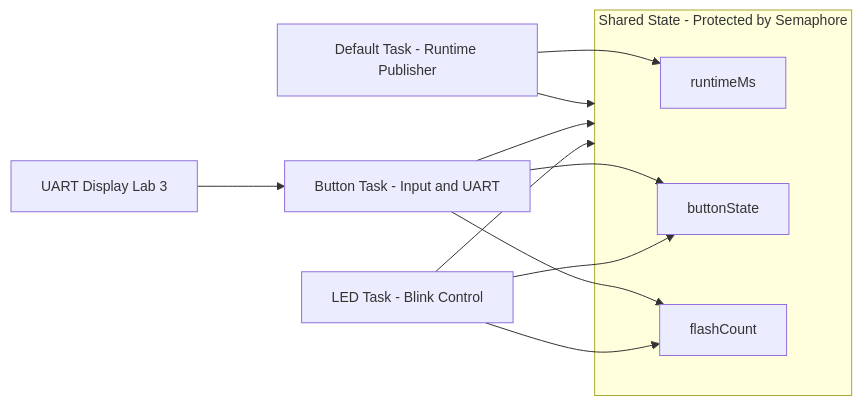
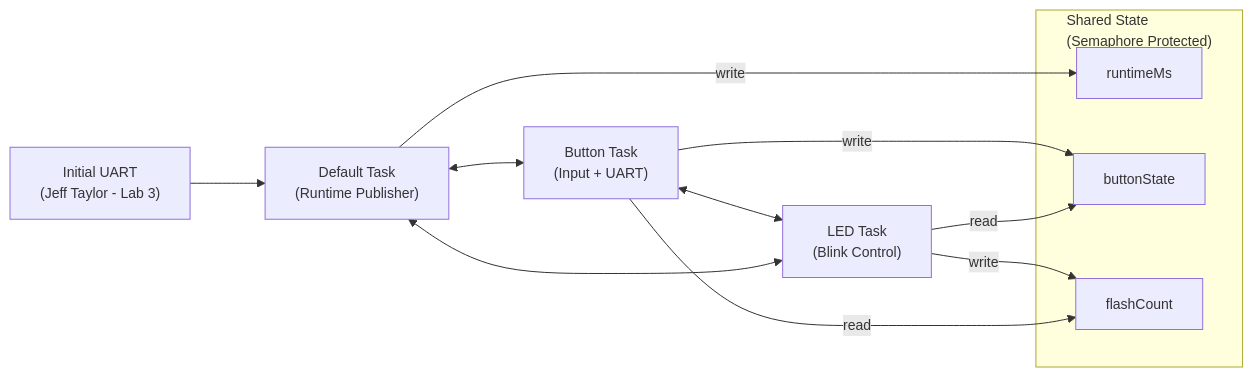
One commit to trulycaffeinated/RIT2025-26 changed the diagram in S8/CPET 461 - RTOS/Labs/Lab3_Semaphore/Lab3 Plan.md. Above: the diagram before and after it, drawn with Mermaid.

Commit message:
vault backup: 2026-02-02 17:02:21

````diff
--- a/S8/CPET 461 - RTOS/Labs/Lab3_Semaphore/Lab3 Plan.md
+++ b/S8/CPET 461 - RTOS/Labs/Lab3_Semaphore/Lab3 Plan.md
@@ -65,27 +65,26 @@
 ```mermaid
-%%{init: {"flowchart": {"nodeSpacing": 60, "rankSpacing": 80}, "themeVariables": {"fontSize": "14px"}} }%%
+%%{init: {"flowchart": {"nodeSpacing": 55, "rankSpacing": 75}, "themeVariables": {"fontSize": "14px"}} }%%
 flowchart LR
-    A["UART Display Lab 3"]
+    %% Startup
+    U["Initial UART\n(Jeff Taylor - Lab 3)"] --> D["Default Task\n(Runtime Publisher)"]
 
-    B["Default Task - Runtime Publisher"]
-    C["Button Task - Input and UART"]
-    D["LED Task - Blink Control"]
+    %% Trio back-and-forth interaction
+    D <--> B["Button Task\n(Input + UART)"]
+    B <--> L["LED Task\n(Blink Control)"]
+    L <--> D
 
-    subgraph S["Shared State - Protected by Semaphore"]
+    %% Shared state protected by semaphore
+    subgraph S["Shared State\n(Semaphore Protected)"]
         RT["runtimeMs"]
         BS["buttonState"]
         FC["flashCount"]
     end
 
-    A --> C
+    %% Shared variable interactions (labeled)
+    D -- "write" --> RT
+    B -- "write" --> BS
+    L -- "read"  --> BS
 
-    B --> RT
-    C --> BS
-    C --> FC
-    D --> BS
-    D --> FC
-
-    B --> S
-    C --> S
-    D --> S
+    L -- "write" --> FC
+    B -- "read"  --> FC
 ```
````
